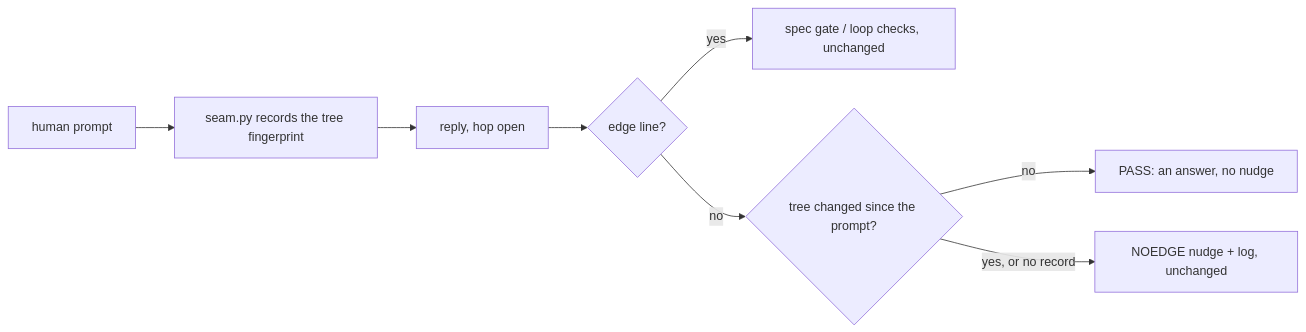
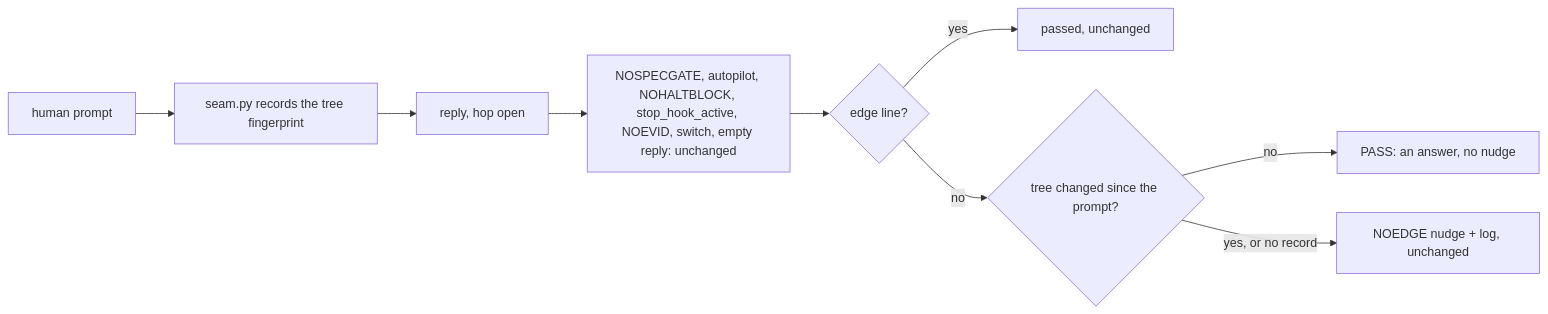
One commit to kadaluarsa/barbaric-driven-development changed the second of 2 diagrams in docs/cascade/05b-t105-question-not-a-hop.md. Above: the diagram before and after it, drawn with Mermaid. The commit also changed other lines of this file and 3 other files, not shown here.

````diff
--- a/docs/cascade/05b-t105-question-not-a-hop.md
+++ b/docs/cascade/05b-t105-question-not-a-hop.md
@@ -57,10 +63,11 @@
 ```mermaid
 flowchart LR
   P[human prompt] --> F[seam.py records the tree fingerprint]
   F --> R[reply, hop open]
-  R --> E{edge line?}
-  E -- yes --> G[spec gate / loop checks, unchanged]
+  R --> C[NOSPECGATE, autopilot, NOHALTBLOCK, stop_hook_active, NOEVID, switch, empty reply: unchanged]
+  C --> E{edge line?}
+  E -- yes --> OK[passed, unchanged]
   E -- no --> W{tree changed since the prompt?}
   W -- no --> A[PASS: an answer, no nudge]
   W -- yes, or no record --> N[NOEDGE nudge + log, unchanged]
 ```
````
